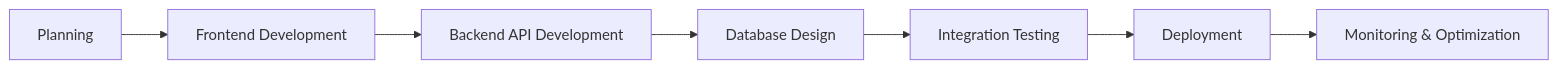
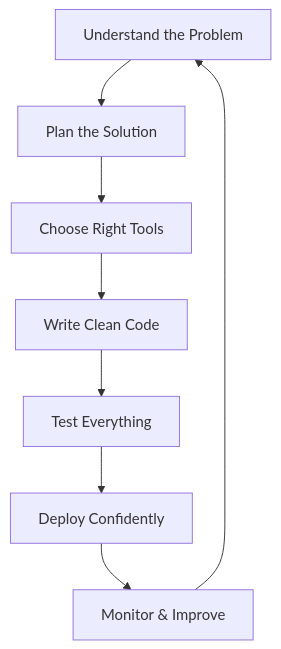
The diagram in README.md (lenlo121500/lenlo121500), drawn with Mermaid before and after one commit. The commit also changed other lines of this file, not shown here.

````diff
--- a/README.md
+++ b/README.md
@@ -146,9 +137,10 @@
 ```mermaid
-graph LR
-    A[Planning] --> B[Frontend Development]
-    B --> C[Backend API Development]
-    C --> D[Database Design]
-    D --> E[Integration Testing]
-    E --> F[Deployment]
-    F --> G[Monitoring & Optimization]
+graph TD
+    A[Understand the Problem] --> B[Plan the Solution]
+    B --> C[Choose Right Tools]
+    C --> D[Write Clean Code]
+    D --> E[Test Everything]
+    E --> F[Deploy Confidently]
+    F --> G[Monitor & Improve]
+    G --> A
 ```
````
